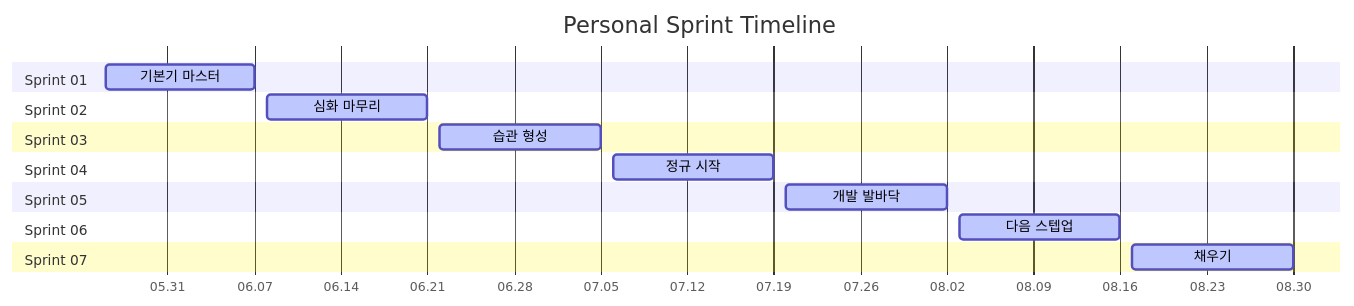
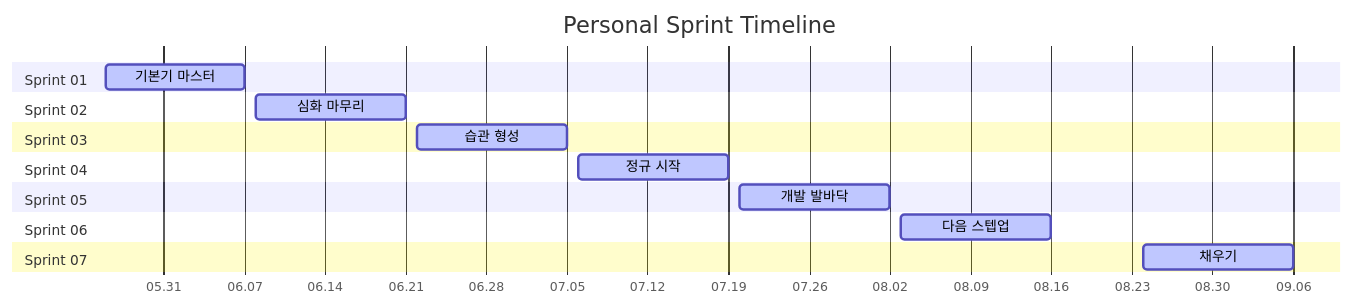
One commit to Vryez11/personal-sprint changed the diagram in README.md. Above: the diagram before and after it, drawn with Mermaid. The commit also changed other lines of this file, not shown here.

Commit message:
docs: sprint07 일정 수정

````diff
--- a/README.md
+++ b/README.md
@@ -12,20 +12,20 @@
 ```mermaid
 gantt
     title Personal Sprint Timeline
     dateFormat YYYY-MM-DD
     axisFormat %m.%d
     section Sprint 01
     기본기 마스터 :active, s1, 2026-05-26, 2026-06-07
     section Sprint 02
     심화 마무리 :active, s2, 2026-06-08, 2026-06-21
     section Sprint 03
     습관 형성 :active, s3, 2026-06-22, 2026-07-05
     section Sprint 04
     정규 시작 :active, s4, 2026-07-06, 2026-07-19
     section Sprint 05
     개발 발바닥 :active, s5, 2026-07-20, 2026-08-02
     section Sprint 06
     다음 스텝업 :active, s6, 2026-08-03, 2026-08-16
     section Sprint 07
-    채우기 :active, s7, 2026-08-17, 2026-08-30
+    채우기 :active, s7, 2026-08-24, 2026-09-06
 ```
````
